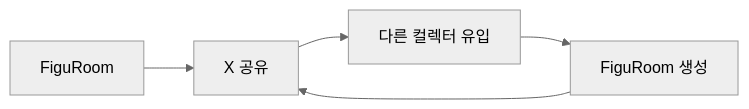
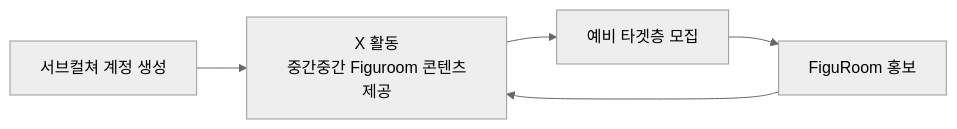
The diagram in content/posts/2026/09/22/figuroom-x-recommendation/index.md (DSeung001/dseung001.github.io), drawn with Mermaid (neutral theme) before and after one commit. The commit also changed other lines of this file and 4 other files, not shown here.

````diff
--- a/content/posts/2026/09/22/figuroom-x-recommendation/index.md
+++ b/content/posts/2026/09/22/figuroom-x-recommendation/index.md
@@ -25,7 +23,7 @@
 ```mermaid
 flowchart LR
-  FiguRoom[FiguRoom] --> XShare[X 공유]
-  XShare --> CollectorIn[다른 컬렉터 유입]
-  CollectorIn --> FiguRoomCreate[FiguRoom 생성]
+  FiguRoom[서브컬쳐 계정 생성] --> XShare[X 활동<br/> 중간중간 Figuroom 콘텐츠 제공]
+  XShare --> CollectorIn[예비 타겟층 모집]
+  CollectorIn --> FiguRoomCreate[FiguRoom 홍보]
   FiguRoomCreate --> XShare
 ```
````
